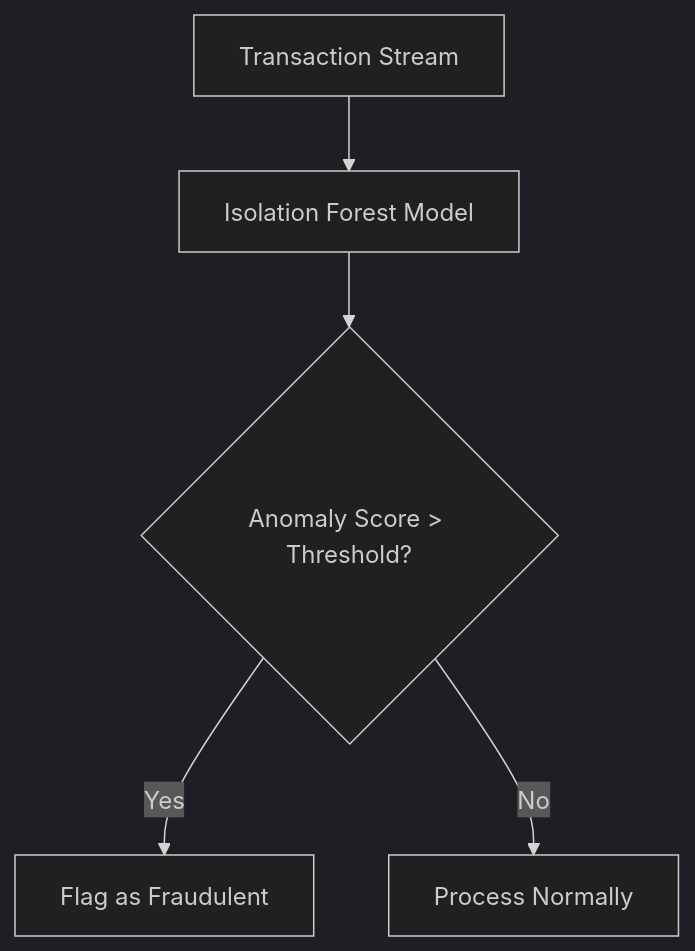
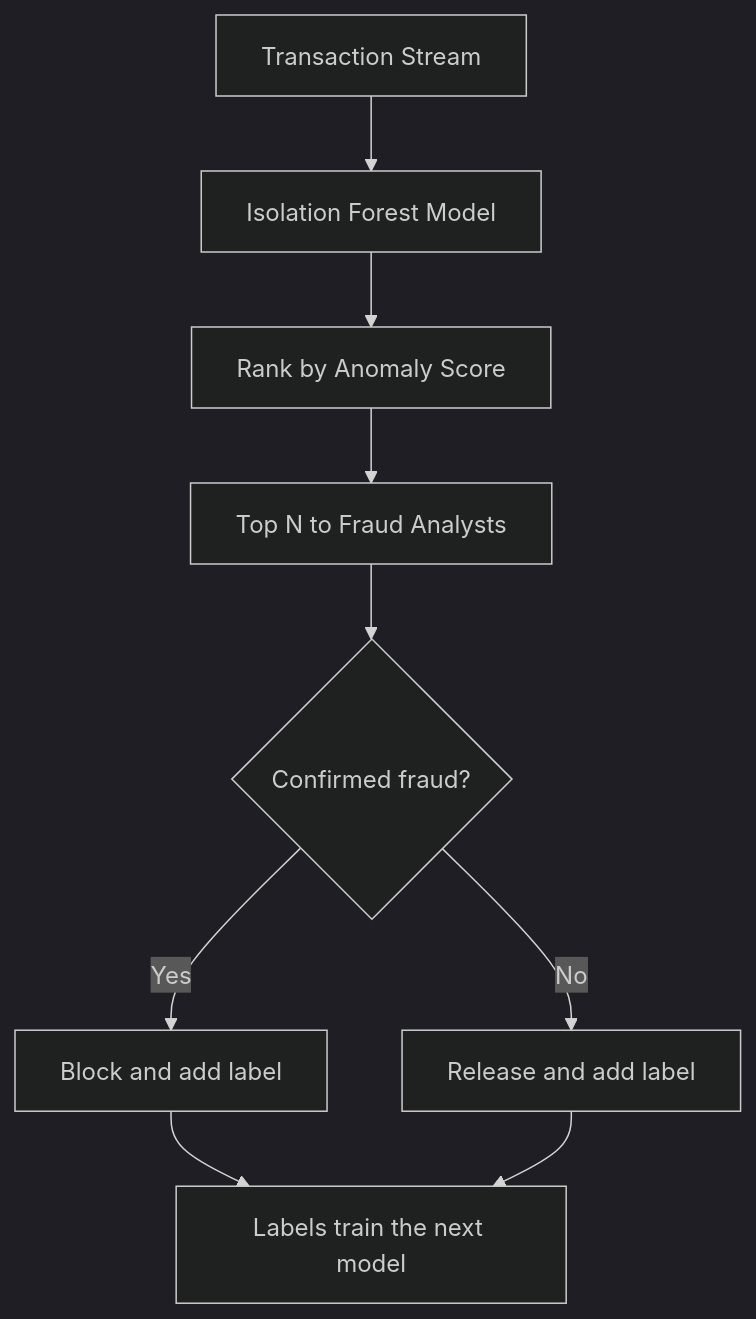
One commit to Web3Dev300/ai-journey changed diagram 16 of 20 in 04_data_science/DATA_SCIENCE_ANSWERS.md. Above: the diagram before and after it, drawn with Mermaid (dark theme). The commit also changed other lines of this file and 10 other files, not shown here.

````diff
--- a/04_data_science/DATA_SCIENCE_ANSWERS.md
+++ b/04_data_science/DATA_SCIENCE_ANSWERS.md
@@ -798,7 +1176,11 @@
 ```mermaid
 flowchart TD
     A[Transaction Stream] --> B[Isolation Forest Model]
-    B --> C{Anomaly Score > Threshold?}
-    C -->|Yes| D[Flag as Fraudulent]
-    C -->|No| E[Process Normally]
+    B --> C[Rank by Anomaly Score]
+    C --> D[Top N to Fraud Analysts]
+    D --> E{Confirmed fraud?}
+    E -->|Yes| F[Block and add label]
+    E -->|No| G[Release and add label]
+    F --> H[Labels train the next model]
+    G --> H
 ```
````
